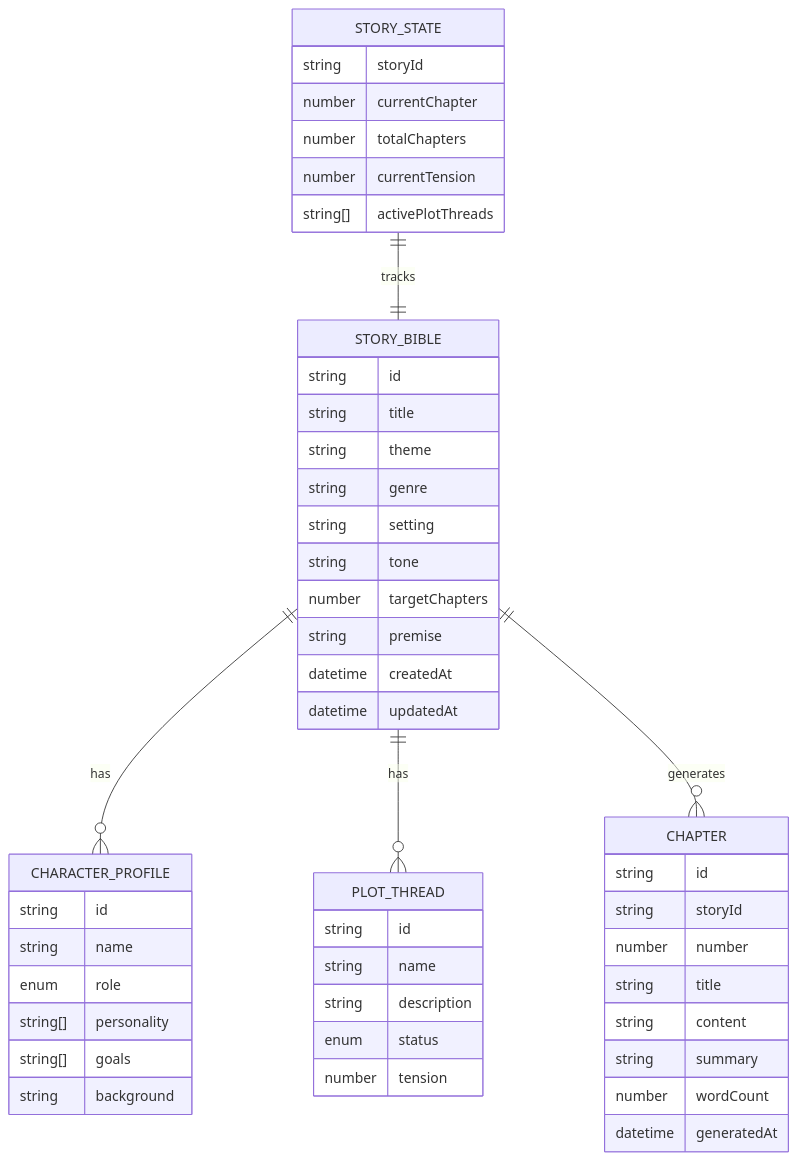
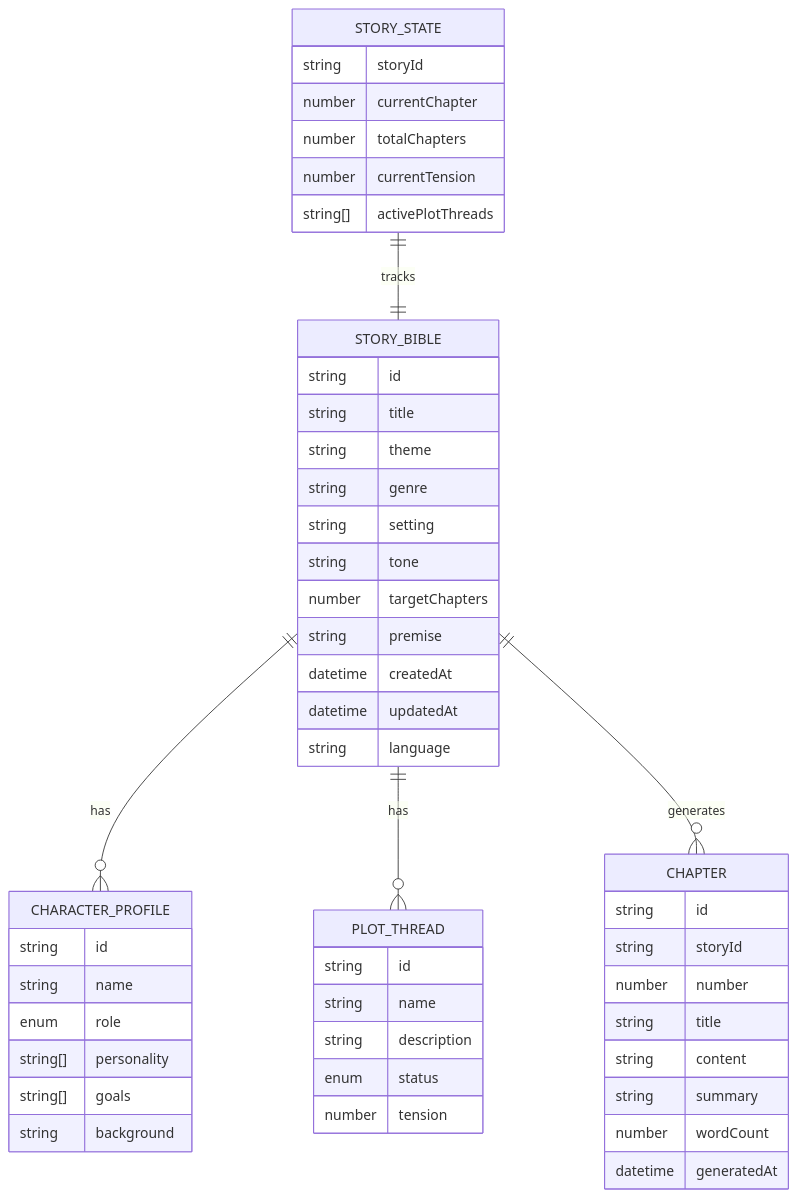
Diagram 11 of 13 in .qoder/repowiki/en/content/Development and Contributing.md (liwonder/NARRITIVE_OS), drawn with Mermaid before and after one commit. The commit also changed other lines of this file and 10 other files, not shown here.

````diff
--- a/.qoder/repowiki/en/content/Development and Contributing.md
+++ b/.qoder/repowiki/en/content/Development and Contributing.md
@@ -344,51 +434,52 @@
 ```mermaid
 erDiagram
 STORY_BIBLE {
 string id
 string title
 string theme
 string genre
 string setting
 string tone
 number targetChapters
 string premise
 datetime createdAt
 datetime updatedAt
+string language
 }
 CHARACTER_PROFILE {
 string id
 string name
 enum role
 string[] personality
 string[] goals
 string background
 }
 PLOT_THREAD {
 string id
 string name
 string description
 enum status
 number tension
 }
 CHAPTER {
 string id
 string storyId
 number number
 string title
 string content
 string summary
 number wordCount
 datetime generatedAt
 }
 STORY_STATE {
 string storyId
 number currentChapter
 number totalChapters
 number currentTension
 string[] activePlotThreads
 }
 STORY_BIBLE ||--o{ CHARACTER_PROFILE : "has"
 STORY_BIBLE ||--o{ PLOT_THREAD : "has"
 STORY_BIBLE ||--o{ CHAPTER : "generates"
 STORY_STATE ||--|| STORY_BIBLE : "tracks"
 ```
````
